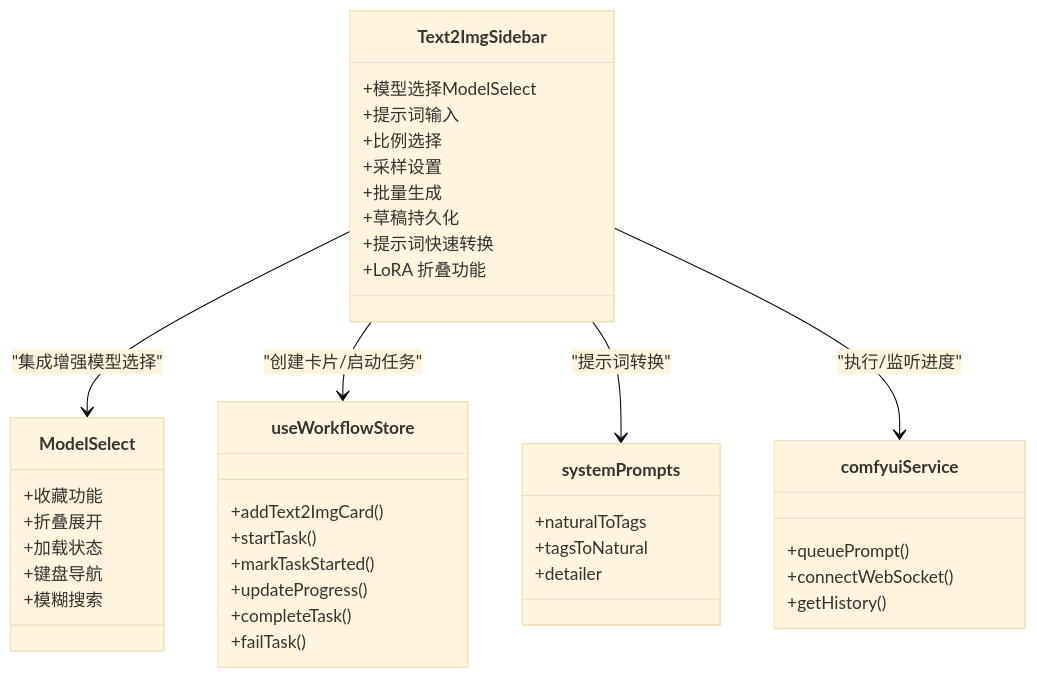
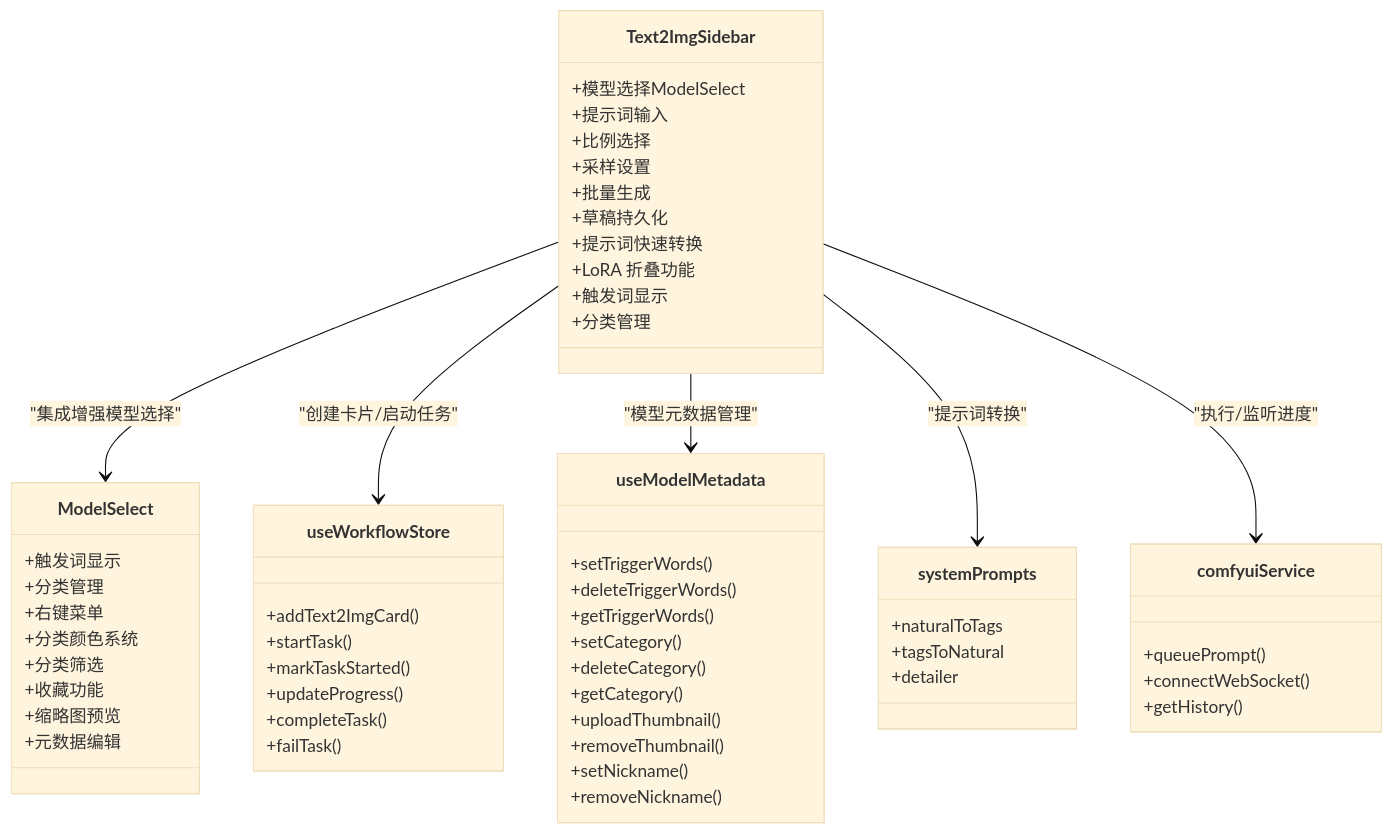
Before and after one commit to billye220670/CorineKit_Pix2Real: the third of 4 diagrams in .qoder/repowiki/zh/content/用户界面组件/控制面板组件/文本到图像侧边栏.md, drawn with Mermaid (base theme). The commit also changed other lines of this file and 11 other files, not shown here.

````diff
--- a/.qoder/repowiki/zh/content/用户界面组件/控制面板组件/文本到图像侧边栏.md
+++ b/.qoder/repowiki/zh/content/用户界面组件/控制面板组件/文本到图像侧边栏.md
@@ -236,42 +295,60 @@
 ```mermaid
 classDiagram
 class Text2ImgSidebar {
 +模型选择ModelSelect
 +提示词输入
 +比例选择
 +采样设置
 +批量生成
 +草稿持久化
 +提示词快速转换
 +LoRA 折叠功能
++触发词显示
++分类管理
 }
 class ModelSelect {
++触发词显示
++分类管理
++右键菜单
++分类颜色系统
++分类筛选
 +收藏功能
-+折叠展开
-+加载状态
-+键盘导航
-+模糊搜索
++缩略图预览
++元数据编辑
 }
 class useWorkflowStore {
 +addText2ImgCard()
 +startTask()
 +markTaskStarted()
 +updateProgress()
 +completeTask()
 +failTask()
+}
+class useModelMetadata {
++setTriggerWords()
++deleteTriggerWords()
++getTriggerWords()
++setCategory()
++deleteCategory()
++getCategory()
++uploadThumbnail()
++removeThumbnail()
++setNickname()
++removeNickname()
 }
 class systemPrompts {
 +naturalToTags
 +tagsToNatural
 +detailer
 }
 class comfyuiService {
 +queuePrompt()
 +connectWebSocket()
 +getHistory()
 }
 Text2ImgSidebar --> ModelSelect : "集成增强模型选择"
 Text2ImgSidebar --> useWorkflowStore : "创建卡片/启动任务"
+Text2ImgSidebar --> useModelMetadata : "模型元数据管理"
 Text2ImgSidebar --> systemPrompts : "提示词转换"
 Text2ImgSidebar --> comfyuiService : "执行/监听进度"
 ```
````
